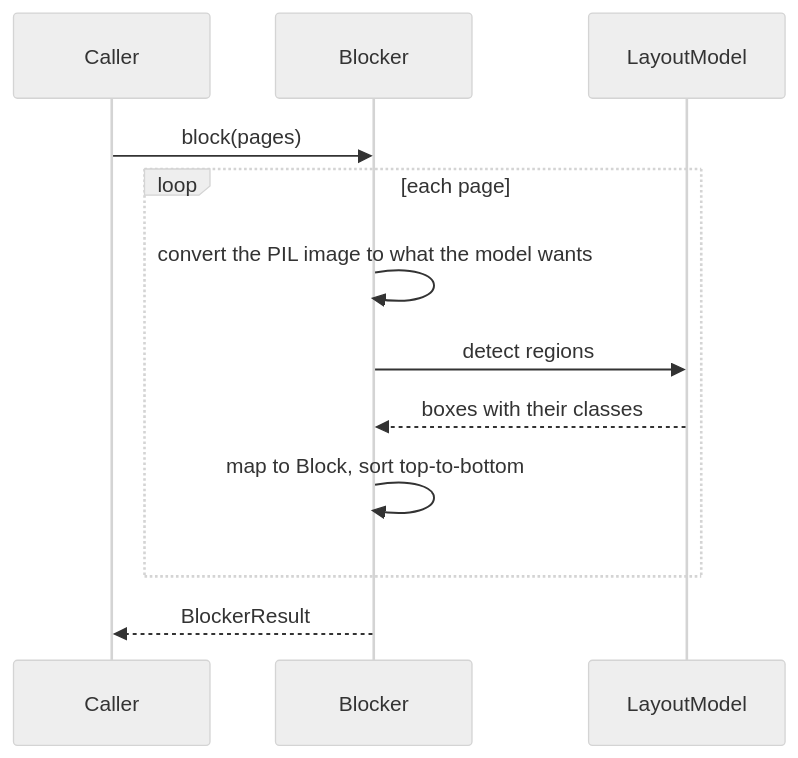
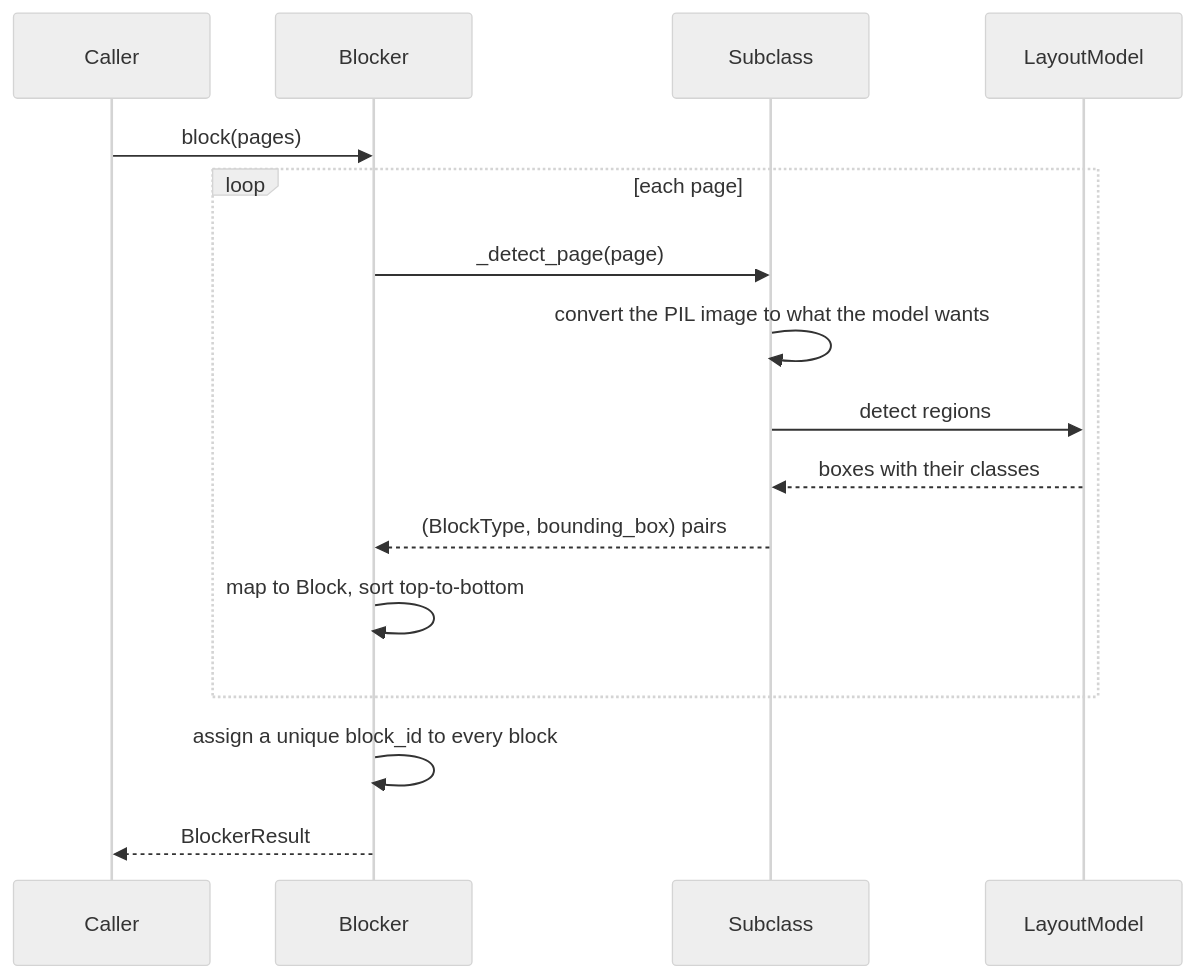
The second of 2 diagrams in Uploader/OcrModule/Blocked/Docs/Blocker.md (konbraphat51/SuperSuat), drawn with Mermaid (neutral theme) before and after one commit. The commit also changed other lines of this file and 1 other file, not shown here.

Commit message:
docs: describe the Blocker template method and block_id

````diff
--- a/Uploader/OcrModule/Blocked/Docs/Blocker.md
+++ b/Uploader/OcrModule/Blocked/Docs/Blocker.md
@@ -56,14 +63,18 @@
 ```mermaid
 sequenceDiagram
     participant Caller
     participant Blocker
+    participant Subclass
     participant LayoutModel
     Caller->>Blocker: block(pages)
     loop each page
-        Blocker->>Blocker: convert the PIL image to what the model wants
-        Blocker->>LayoutModel: detect regions
-        LayoutModel-->>Blocker: boxes with their classes
+        Blocker->>Subclass: _detect_page(page)
+        Subclass->>Subclass: convert the PIL image to what the model wants
+        Subclass->>LayoutModel: detect regions
+        LayoutModel-->>Subclass: boxes with their classes
+        Subclass-->>Blocker: (BlockType, bounding_box) pairs
         Blocker->>Blocker: map to Block, sort top-to-bottom
     end
+    Blocker->>Blocker: assign a unique block_id to every block
     Blocker-->>Caller: BlockerResult
 ```
````
